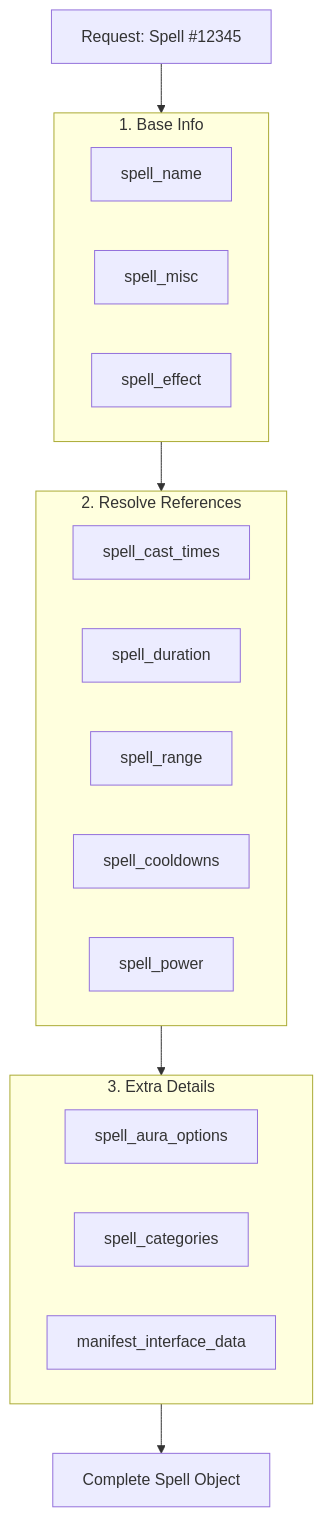
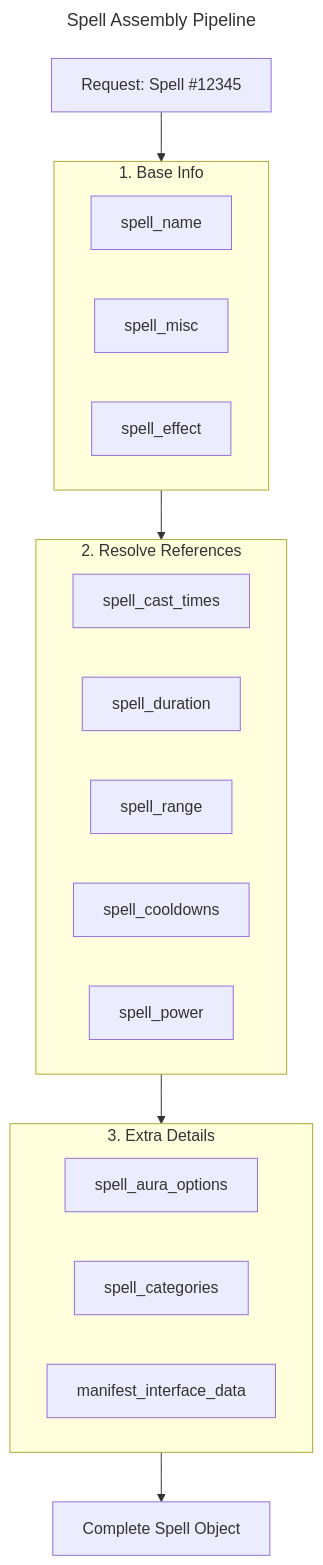
One commit to legacy3/wowlab changed the third of 5 diagrams in apps/portal-new/src/content/docs/reference/01-data-model.md. Above: the diagram before and after it, drawn with Mermaid. The commit also changed other lines of this file and 19 other files, not shown here.

````diff
--- a/apps/portal-new/src/content/docs/reference/01-data-model.md
+++ b/apps/portal-new/src/content/docs/reference/01-data-model.md
@@ -46,30 +52,33 @@
 ```mermaid
+---
+title: Spell Assembly Pipeline
+---
 flowchart TD
     Request["Request: Spell #12345"] --> Base
 
     subgraph Base["1. Base Info"]
         spell_name["spell_name"]
         spell_misc["spell_misc"]
         spell_effect["spell_effect"]
     end
 
     Base --> Lookups
 
     subgraph Lookups["2. Resolve References"]
         spell_cast_times["spell_cast_times"]
         spell_duration["spell_duration"]
         spell_range["spell_range"]
         spell_cooldowns["spell_cooldowns"]
         spell_power["spell_power"]
     end
 
     Lookups --> Extras
 
     subgraph Extras["3. Extra Details"]
         spell_aura_options["spell_aura_options"]
         spell_categories["spell_categories"]
         manifest_interface_data["manifest_interface_data"]
     end
 
     Extras --> Result["Complete Spell Object"]
 ```
````
